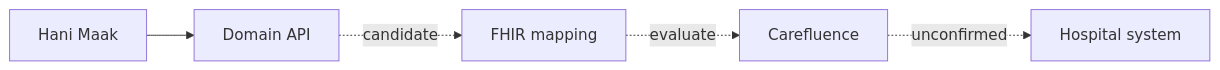
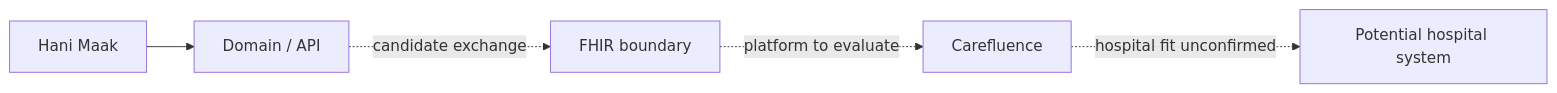
One commit to Ahmed-Braiek/hani-maak changed the third of 3 diagrams in docs/interoperability/ACTION_PLAN_v0.1.md. Above: the diagram before and after it, drawn with Mermaid. The commit also changed other lines of this file, not shown here.

````diff
--- a/docs/interoperability/ACTION_PLAN_v0.1.md
+++ b/docs/interoperability/ACTION_PLAN_v0.1.md
@@ -49,7 +147,7 @@
-```mermaid
+~~~mermaid
 flowchart LR
-  App[Hani Maak] --> API[Domain API]
-  API -. candidate .-> FHIR[FHIR mapping]
-  FHIR -. evaluate .-> CF[Carefluence]
-  CF -. unconfirmed .-> Hospital[Hospital system]
-```
+  App["Hani Maak"] --> API["Domain / API"]
+  API -. "candidate exchange" .-> FHIR["FHIR boundary"]
+  FHIR -. "platform to evaluate" .-> Carefluence["Carefluence"]
+  Carefluence -. "hospital fit unconfirmed" .-> Hospital["Potential hospital system"]
+~~~
````
